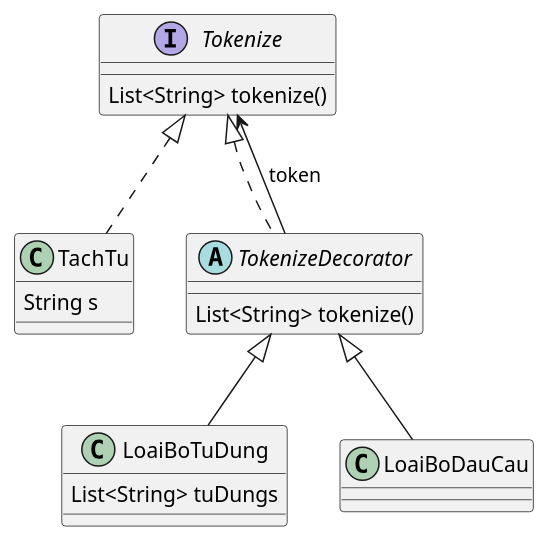
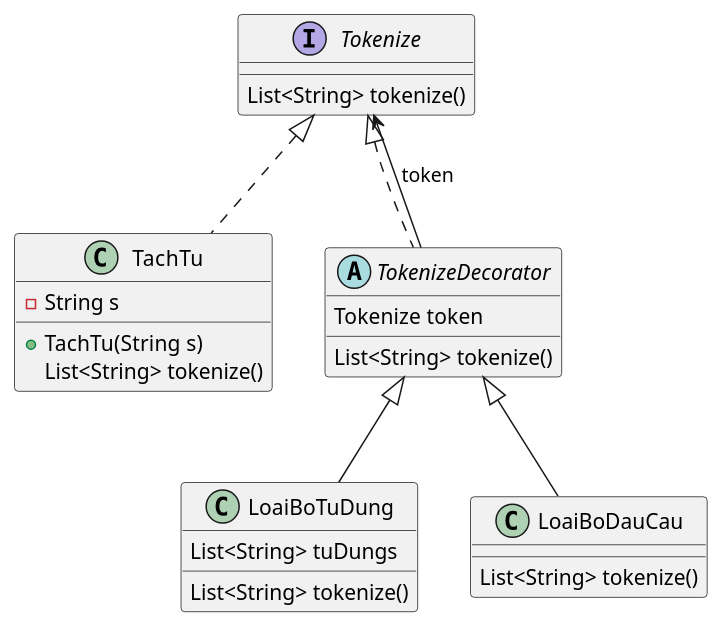
One commit to TuanKiet1774/Lap-Trinh-Java changed the diagram in baitap_b2/Tokenize.puml. Above: the diagram before and after it, drawn with PlantUML. The commit also changed 60 other files, not shown here.

```diff
--- a/baitap_b2/Tokenize.puml
+++ b/baitap_b2/Tokenize.puml
@@ -1,25 +1,29 @@
 @startuml
 'https://plantuml.com/class-diagram
 
 interface Tokenize{
     List<String> tokenize()
 }
 
 class TachTu implements Tokenize{
-    String s
+    - String s
+    + TachTu(String s)
+    List<String> tokenize()
 }
 
 abstract TokenizeDecorator implements Tokenize{
+    Tokenize token
     List<String> tokenize()
 }
 
 class LoaiBoTuDung extends TokenizeDecorator{
     List<String> tuDungs
+    List<String> tokenize()
 }
 
 class LoaiBoDauCau extends TokenizeDecorator{
-
+    List<String> tokenize()
 }
 
 TokenizeDecorator --> Tokenize: token
 @enduml
```
